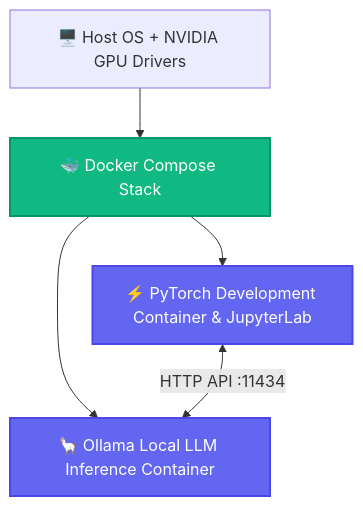
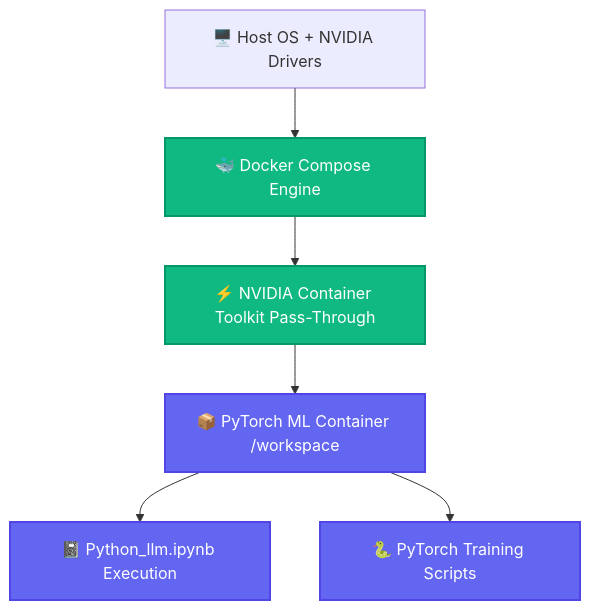
One commit to LoNebula/Python_LLM changed the diagram in README.md. Above: the diagram before and after it, drawn with Mermaid. The commit also changed other lines of this file, not shown here.

````diff
--- a/README.md
+++ b/README.md
@@ -38,12 +58,13 @@
 ```mermaid
 graph TD
-  Host[🖥️ Host OS + NVIDIA GPU Drivers] --> Docker[🐳 Docker Compose Stack]
-  Docker --> Container1[⚡ PyTorch Development Container & JupyterLab]
-  Docker --> Container2[🦙 Ollama Local LLM Inference Container]
-  Container1 <-->|HTTP API :11434| Container2
-  
+  Host[🖥️ Host OS + NVIDIA Drivers] --> Docker[🐳 Docker Compose Engine]
+  Docker --> GPU[⚡ NVIDIA Container Toolkit Pass-Through]
+  GPU --> AppContainer[📦 PyTorch ML Container /workspace]
+  AppContainer --> Notebook[📓 Python_llm.ipynb Execution]
+  AppContainer --> Scripts[🐍 PyTorch Training Scripts]
+
   classDef primary fill:#10b981,stroke:#059669,stroke-width:2px,color:#fff;
   classDef accent fill:#6366f1,stroke:#4f46e5,stroke-width:2px,color:#fff;
-  class Docker primary;
-  class Container1,Container2 accent;
+  class Docker,GPU primary;
+  class AppContainer,Notebook,Scripts accent;
 ```
````
